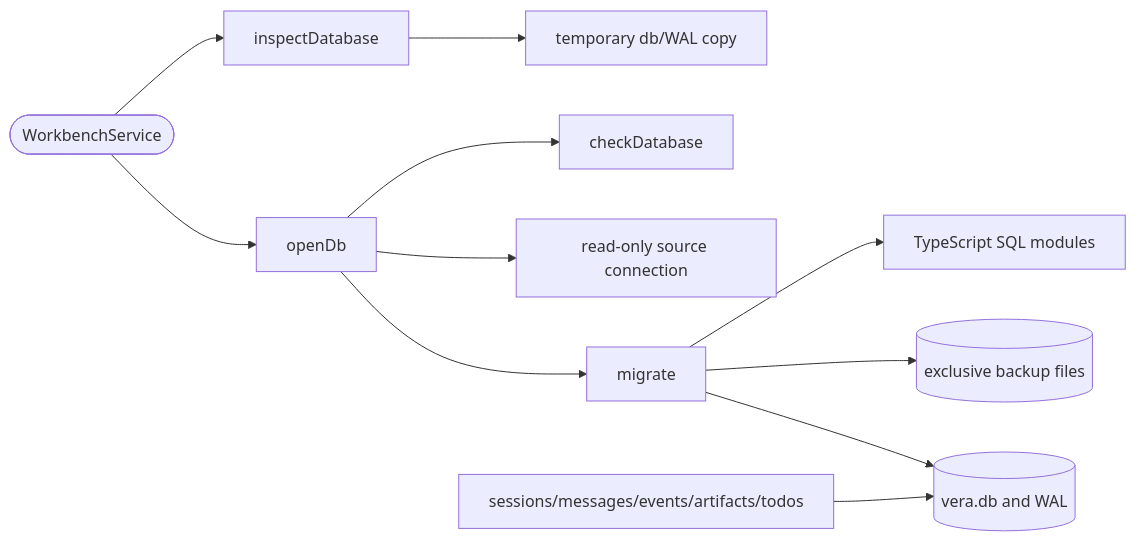
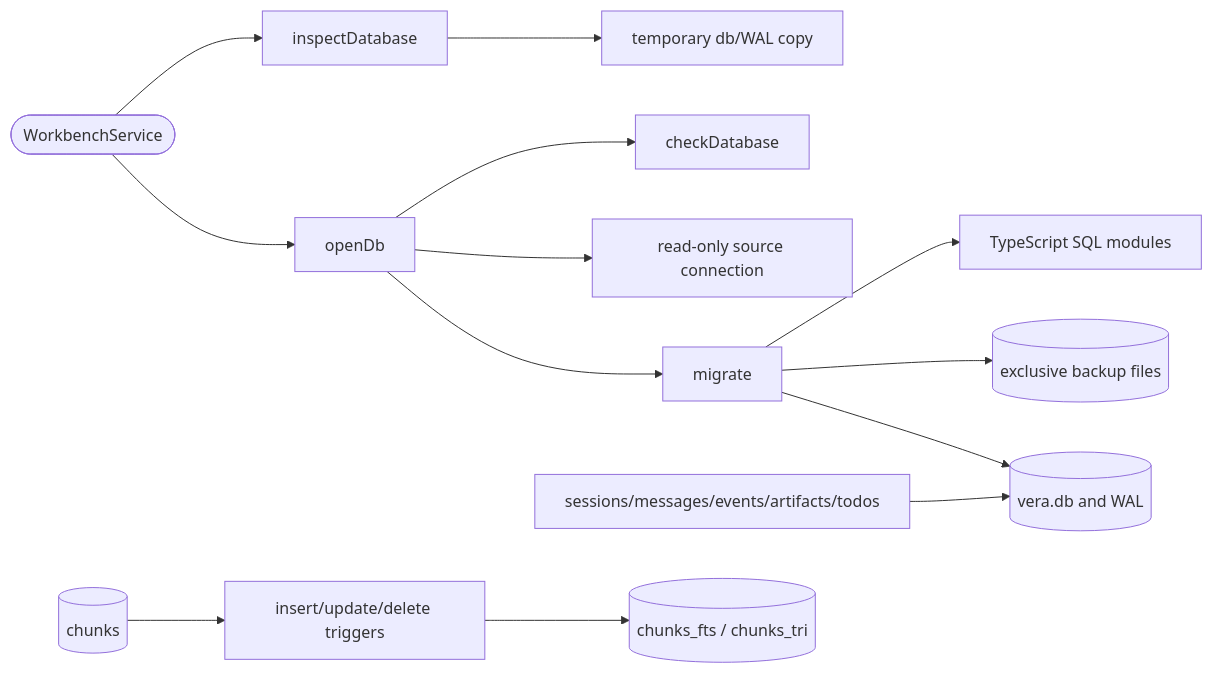
One commit to DDP-Engineering/2026_Virtual_Embedded_Rig_Assistant changed the diagram in .agentic/knowledge/workbench-storage.md. Above: the diagram before and after it, drawn with Mermaid. The commit also changed other lines of this file and 19 other files, not shown here.

````diff
--- a/.agentic/knowledge/workbench-storage.md
+++ b/.agentic/knowledge/workbench-storage.md
@@ -62,13 +69,15 @@
 ```mermaid
 flowchart LR
   service([WorkbenchService]) --> inspectDatabase
   inspectDatabase --> snapshot[temporary db/WAL copy]
   service --> openDb
   openDb --> checkDatabase
   openDb --> keeper[read-only source connection]
   openDb --> migrate
   migrate --> catalogue[TypeScript SQL modules]
   migrate --> backups[(exclusive backup files)]
   migrate --> db[(vera.db and WAL)]
   repositories[sessions/messages/events/artifacts/todos] --> db
+  chunks[(chunks)] --> triggers[insert/update/delete triggers]
+  triggers --> keyword[(chunks_fts / chunks_tri)]
 ```
````
